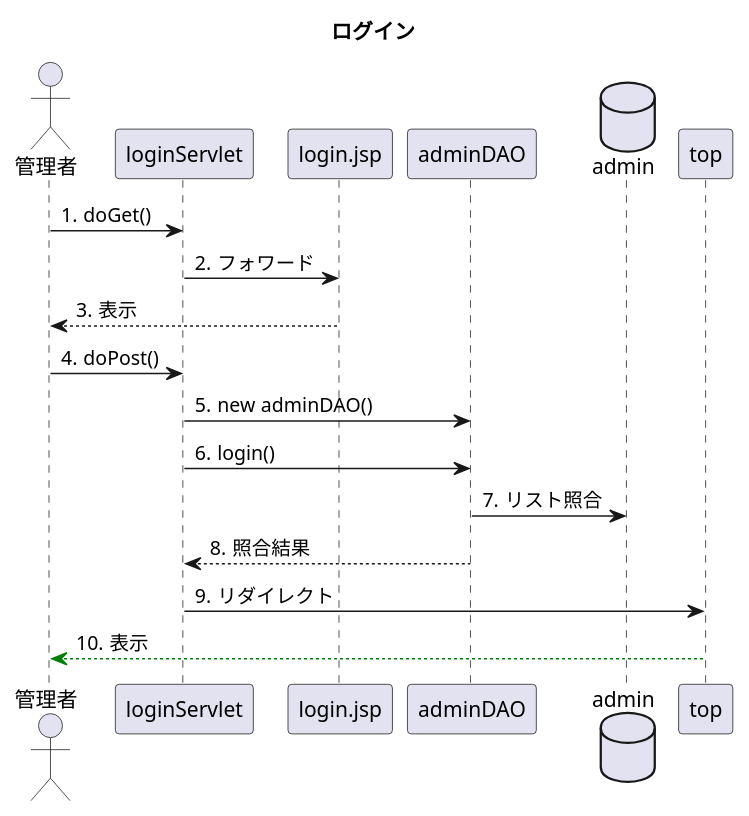
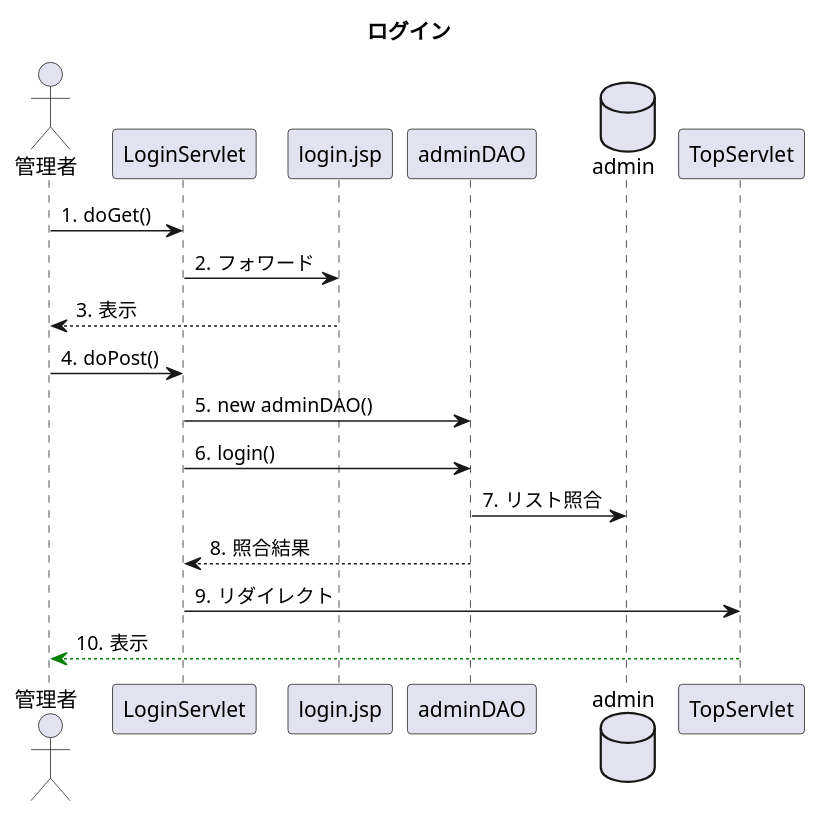
The diagram in uml_detail/seq_login.pu (toufu66/ProjectC), drawn with PlantUML before and after one commit. The commit also changed 1 other file, not shown here.

```diff
--- a/uml_detail/seq_login.pu
+++ b/uml_detail/seq_login.pu
@@ -1,26 +1,26 @@
 @startuml
 
 title ログイン
 
 autonumber "#."
 
 actor 管理者
-participant loginServlet
+participant LoginServlet
 participant login.jsp
 participant adminDAO
 database admin
 
-管理者 -> loginServlet:doGet()
-loginServlet -> login.jsp:フォワード
+管理者 -> LoginServlet:doGet()
+LoginServlet -> login.jsp:フォワード
 login.jsp --> 管理者:表示
-管理者 -> loginServlet:doPost()
-loginServlet -> adminDAO:new adminDAO()
-loginServlet -> adminDAO:login()
+管理者 -> LoginServlet:doPost()
+LoginServlet -> adminDAO:new adminDAO()
+LoginServlet -> adminDAO:login()
 adminDAO -> admin:リスト照合
-adminDAO --> loginServlet:照合結果
-loginServlet -> top:リダイレクト
-top --[#green]> 管理者:表示
+adminDAO --> LoginServlet:照合結果
+LoginServlet -> TopServlet:リダイレクト
+TopServlet --[#green]> 管理者:表示
 
 
 
 @enduml
```
